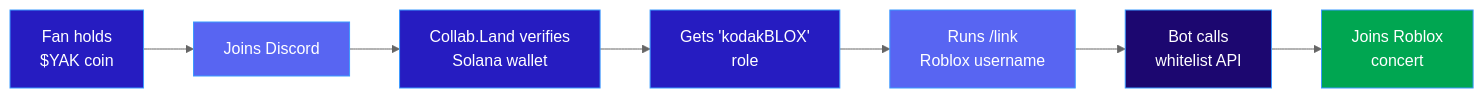
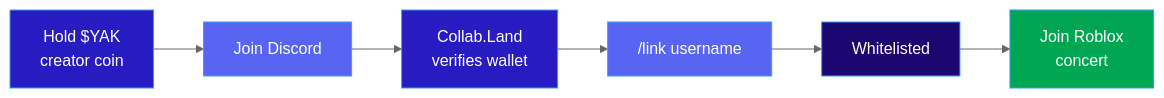
The first of 2 diagrams in README.md (hamzaskewl/bloxparty), drawn with Mermaid (neutral theme) before and after one commit. The commit also changed other lines of this file and 6 other files, not shown here.

````diff
--- a/README.md
+++ b/README.md
@@ -52,17 +20,15 @@
 ```mermaid
 flowchart LR
-    A["Fan holds<br/>$YAK coin"] --> B["Joins Discord"]
-    B --> C["Collab.Land verifies<br/>Solana wallet"]
-    C --> D["Gets 'kodakBLOX'<br/>role"]
-    D --> E["Runs /link<br/>Roblox username"]
-    E --> F["Bot calls<br/>whitelist API"]
-    F --> G["Joins Roblox<br/>concert"]
+    A["Hold $YAK<br/>creator coin"] --> B["Join Discord"]
+    B --> C["Collab.Land<br/>verifies wallet"]
+    C --> D["/link username"]
+    D --> E["Whitelisted"]
+    E --> F["Join Roblox<br/>concert"]
 
     style A fill:#261CC1,stroke:#3A9AFF,color:#fff
     style B fill:#5865F2,stroke:#3A9AFF,color:#fff
     style C fill:#261CC1,stroke:#3A9AFF,color:#fff
-    style D fill:#261CC1,stroke:#3A9AFF,color:#fff
-    style E fill:#5865F2,stroke:#3A9AFF,color:#fff
-    style F fill:#1C0770,stroke:#3A9AFF,color:#fff
-    style G fill:#00A651,stroke:#3A9AFF,color:#fff
+    style D fill:#5865F2,stroke:#3A9AFF,color:#fff
+    style E fill:#1C0770,stroke:#3A9AFF,color:#fff
+    style F fill:#00A651,stroke:#3A9AFF,color:#fff
 ```
````
